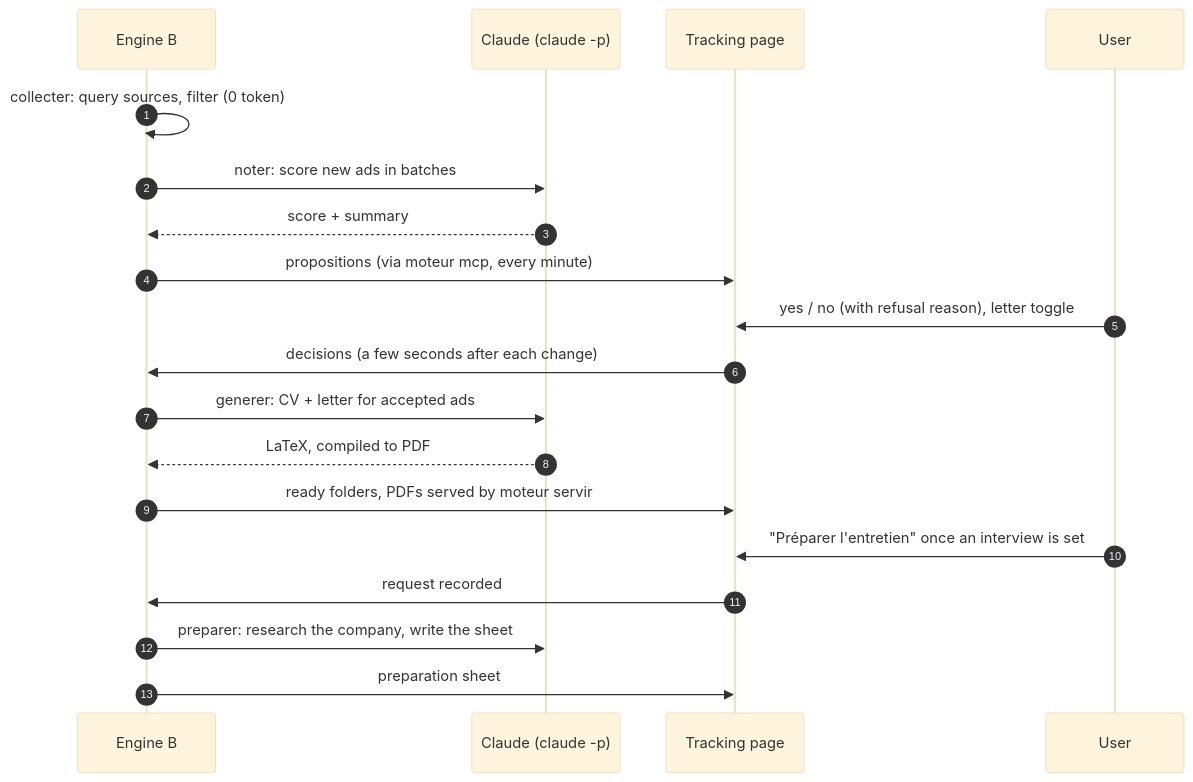
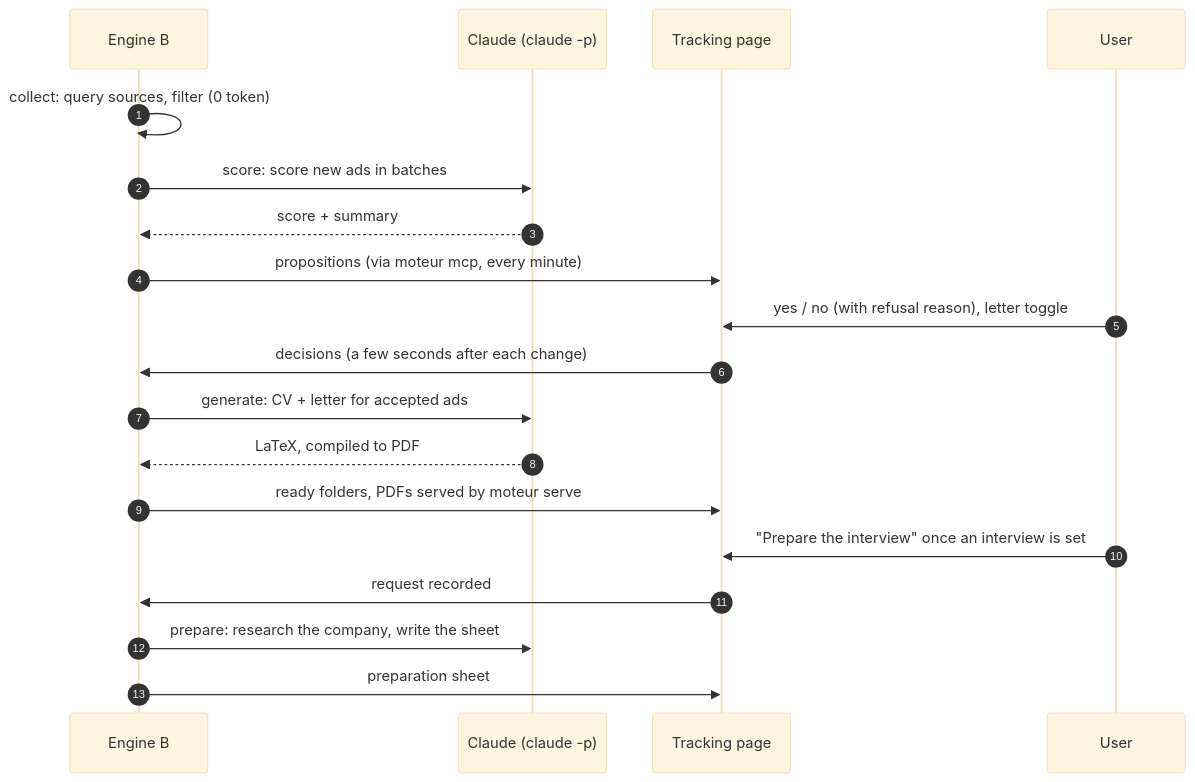
Before and after one commit to antoinebertoux/moteur-candidatures: the second of 2 diagrams in README.md, drawn with Mermaid (base theme). The commit also changed other lines of this file and 84 other files, not shown here.

````diff
--- a/README.md
+++ b/README.md
@@ -63,22 +63,22 @@
 ```mermaid
 sequenceDiagram
     autonumber
     participant E as Engine B
     participant C as Claude (claude -p)
     participant P as Tracking page
     participant U as User
 
-    E->>E: collecter: query sources, filter (0 token)
-    E->>C: noter: score new ads in batches
+    E->>E: collect: query sources, filter (0 token)
+    E->>C: score: score new ads in batches
     C-->>E: score + summary
     E->>P: propositions (via moteur mcp, every minute)
     U->>P: yes / no (with refusal reason), letter toggle
     P->>E: decisions (a few seconds after each change)
-    E->>C: generer: CV + letter for accepted ads
+    E->>C: generate: CV + letter for accepted ads
     C-->>E: LaTeX, compiled to PDF
-    E->>P: ready folders, PDFs served by moteur servir
-    U->>P: "Préparer l'entretien" once an interview is set
+    E->>P: ready folders, PDFs served by moteur serve
+    U->>P: "Prepare the interview" once an interview is set
     P->>E: request recorded
-    E->>C: preparer: research the company, write the sheet
+    E->>C: prepare: research the company, write the sheet
     E->>P: preparation sheet
 ```
````
